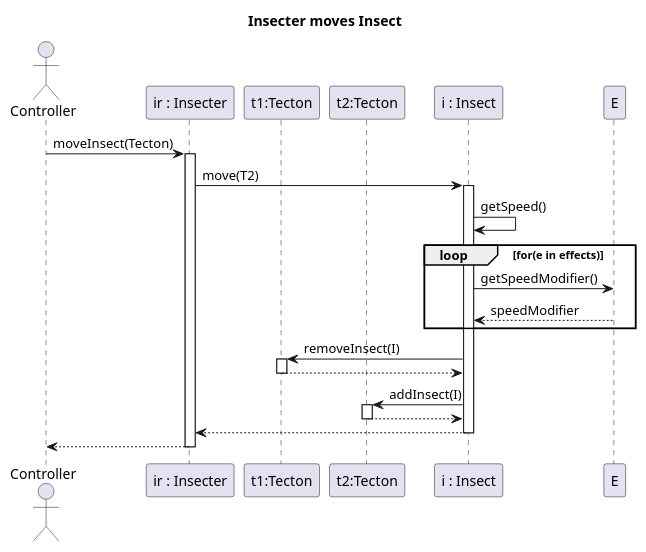
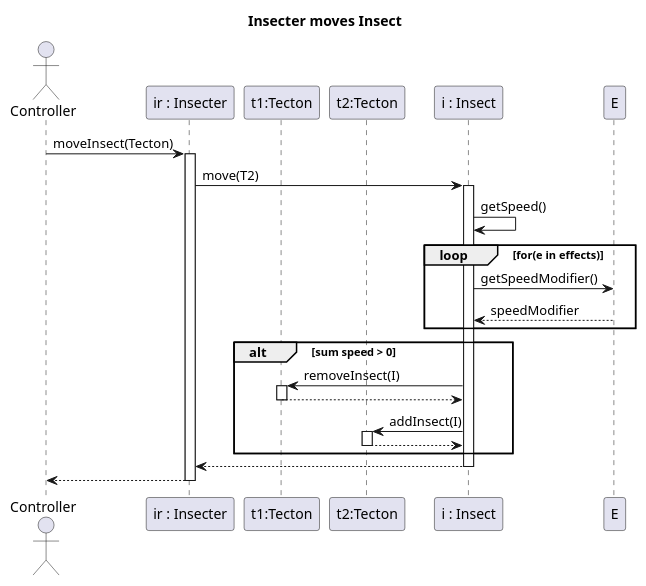
One commit to Petya-G/fungorium changed the diagram in 3/sequence/moveInsect.puml. Above: the diagram before and after it, drawn with PlantUML.

Commit message:
# check if speed is negative

```diff
--- a/3/sequence/moveInsect.puml
+++ b/3/sequence/moveInsect.puml
@@ -1,40 +1,41 @@
 @startuml moveInsect
 title Insecter moves Insect
 
 actor Controller
 participant "ir : Insecter" as IR
 participant "i : Insect" as I
 participant "t1:Tecton" as T1
 participant "t2:Tecton" as T2
 participant "e :Effect" as I
 
 Controller -> IR: moveInsect(Tecton)
 activate IR
 IR -> I: move(T2) 
 activate I
 
 I -> I : getSpeed()
 
     loop for(e in effects)
         I -> E : getSpeedModifier()
         I <-- E : speedModifier
     end
+    alt sum speed > 0
 
 
 I -> T1: removeInsect(I)
 activate T1
 T1 --> I:
 deactivate T1
 I -> T2: addInsect(I)
 activate T2
 T2 --> I:
 deactivate T2
-
+end
 I --> IR
 
 deactivate I
 
 Controller <-- IR
 deactivate IR
 deactivate IR
 @enduml
```
